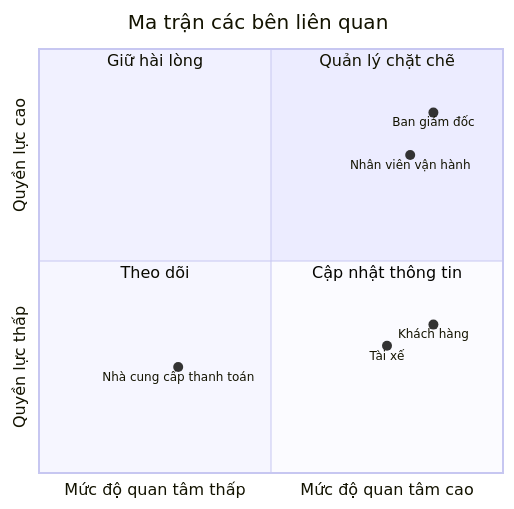
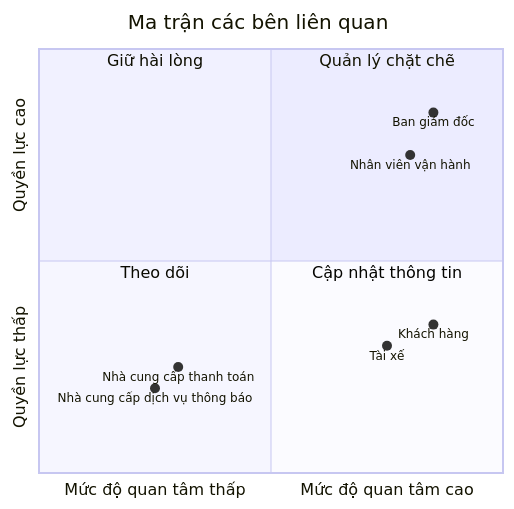
The first of 8 diagrams in README.md (thuhien76685/23653331_TruongThiThuHien_CAB-System-), drawn with Mermaid before and after one commit. The commit also changed other lines of this file, not shown here.

````diff
--- a/README.md
+++ b/README.md
@@ -110,19 +126,18 @@
 ```mermaid
 quadrantChart
     title Ma trận các bên liên quan
     x-axis "Mức độ quan tâm thấp" --> "Mức độ quan tâm cao"
     y-axis "Quyền lực thấp" --> "Quyền lực cao"
 
     quadrant-1 "Quản lý chặt chẽ"
     quadrant-2 "Giữ hài lòng"
     quadrant-3 "Theo dõi"
     quadrant-4 "Cập nhật thông tin"
 
     "Ban giám đốc": [0.85, 0.85]
     "Nhân viên vận hành": [0.80, 0.75]
-
     "Khách hàng": [0.85, 0.35]
     "Tài xế": [0.75, 0.30]
-
     "Nhà cung cấp thanh toán": [0.30, 0.25]
+    "Nhà cung cấp dịch vụ thông báo": [0.25, 0.20]
 ```
````
